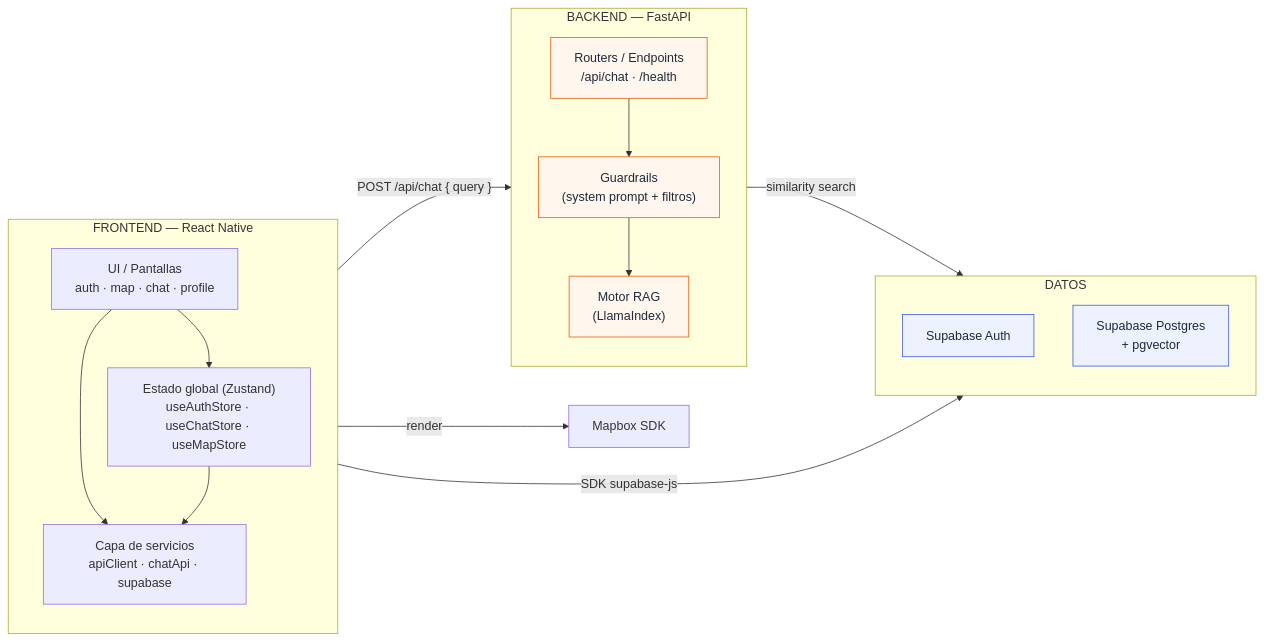
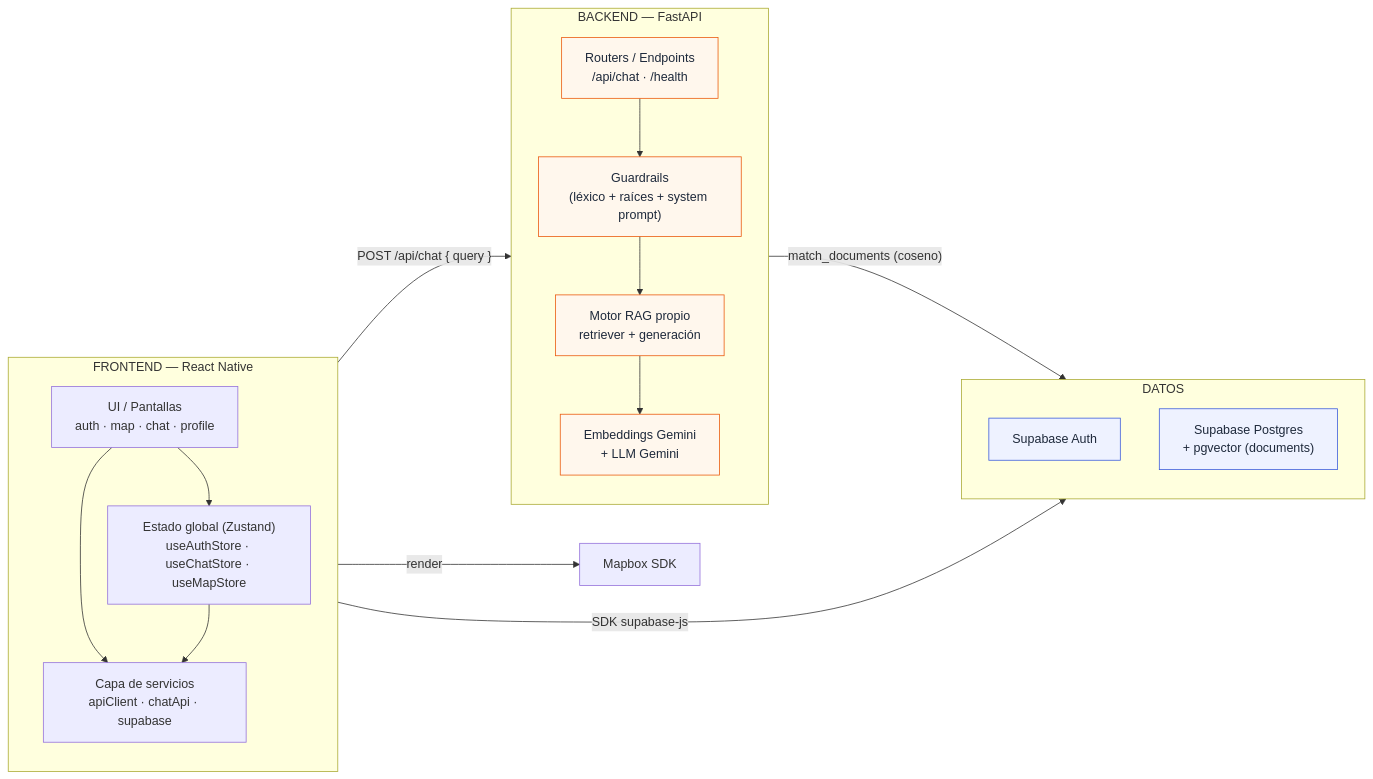
Before and after one commit to frank777ch/OndeSanMarcos: the second of 5 diagrams in documents/01-arquitectura-general.md, drawn with Mermaid. The commit also changed other lines of this file and 1 other file, not shown here.

Commit message:
docs: update index and architecture diagrams to real stack (pgvector + Gemini, frontend wired)

````diff
--- a/documents/01-arquitectura-general.md
+++ b/documents/01-arquitectura-general.md
@@ -47,37 +47,38 @@
 ```mermaid
 graph LR
     subgraph FE["FRONTEND — React Native"]
         direction TB
         ui["UI / Pantallas<br/>auth · map · chat · profile"]
         state["Estado global (Zustand)<br/>useAuthStore · useChatStore · useMapStore"]
         svc["Capa de servicios<br/>apiClient · chatApi · supabase"]
         ui --> state
         ui --> svc
         state --> svc
     end
 
     subgraph BE["BACKEND — FastAPI"]
         direction TB
         api["Routers / Endpoints<br/>/api/chat · /health"]
-        rag["Motor RAG<br/>(LlamaIndex)"]
-        guard["Guardrails<br/>(system prompt + filtros)"]
-        api --> guard --> rag
+        guard["Guardrails<br/>(léxico + raíces + system prompt)"]
+        rag["Motor RAG propio<br/>retriever + generación"]
+        emb["Embeddings Gemini<br/>+ LLM Gemini"]
+        api --> guard --> rag --> emb
     end
 
     subgraph DATA["DATOS"]
         direction TB
         auth["Supabase Auth"]
-        vector["Supabase Postgres<br/>+ pgvector"]
+        vector["Supabase Postgres<br/>+ pgvector (documents)"]
     end
 
     svc -->|"SDK supabase-js"| auth
     svc -->|"POST /api/chat { query }"| api
-    rag -->|"similarity search"| vector
+    rag -->|"match_documents (coseno)"| vector
     mapbox["Mapbox SDK"]
     ui -->|render| mapbox
 
     classDef be fill:#fff7ed,stroke:#ea580c,color:#1e293b;
     classDef data fill:#eef2ff,stroke:#3b5bdb,color:#1e293b;
-    class api,rag,guard be;
+    class api,rag,guard,emb be;
     class auth,vector data;
 ```
````
